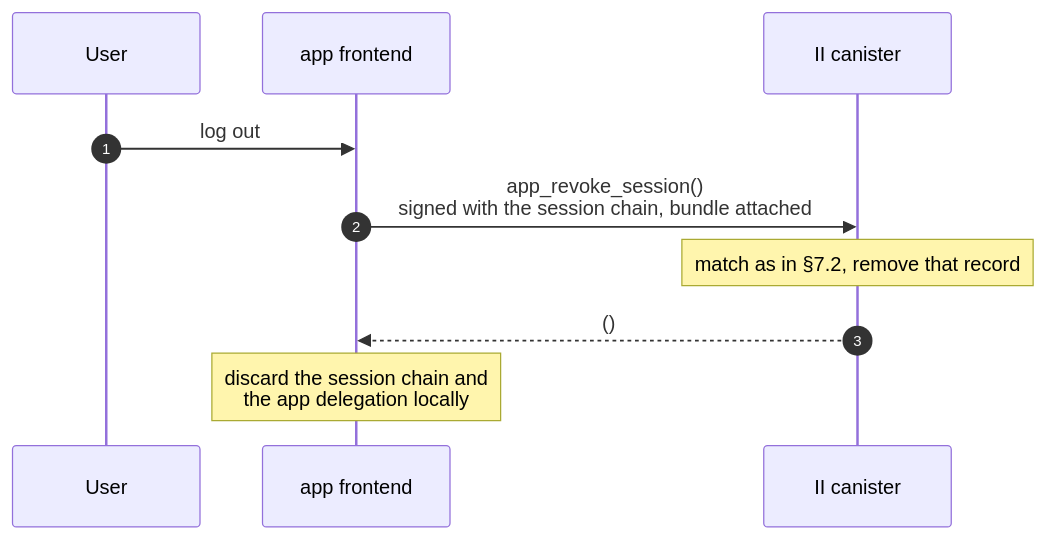
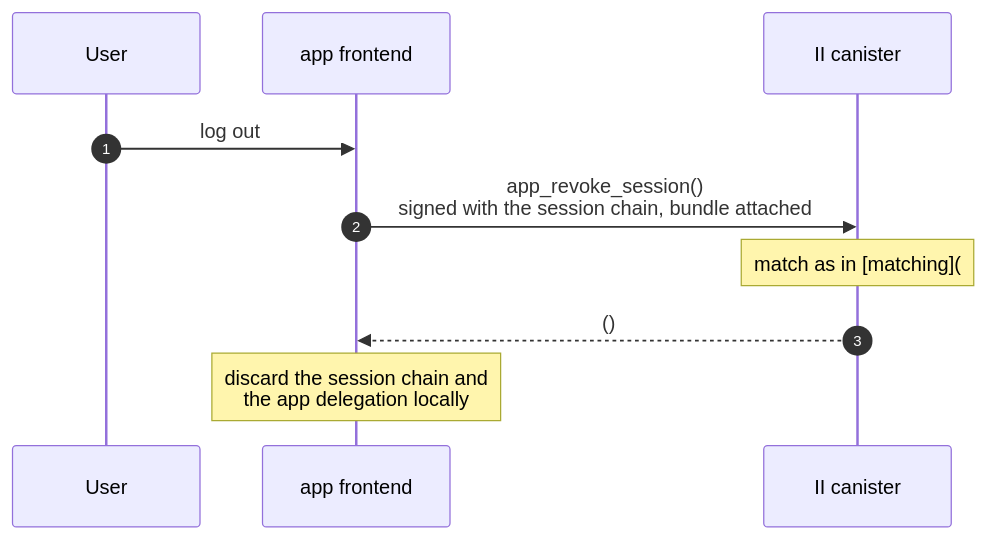
The ninth of 10 diagrams in docs/ongoing/revocable-app-sessions.md (dfinity/internet-identity), drawn with Mermaid before and after one commit. The commit also changed other lines of this file, not shown here.

````diff
--- a/docs/ongoing/revocable-app-sessions.md
+++ b/docs/ongoing/revocable-app-sessions.md
@@ -463,12 +524,12 @@
 ```mermaid
 sequenceDiagram
     autonumber
     participant User
     participant App as app frontend
     participant IIC as II canister
     User->>App: log out
     App->>IIC: app_revoke_session()<br/>signed with the session chain, bundle attached
-    Note over IIC: match as in §7.2, remove that record
+    Note over IIC: match as in [matching](#matching), remove that record
     IIC-->>App: ()
     Note over App: discard the session chain and<br/>the app delegation locally
 ```
````
